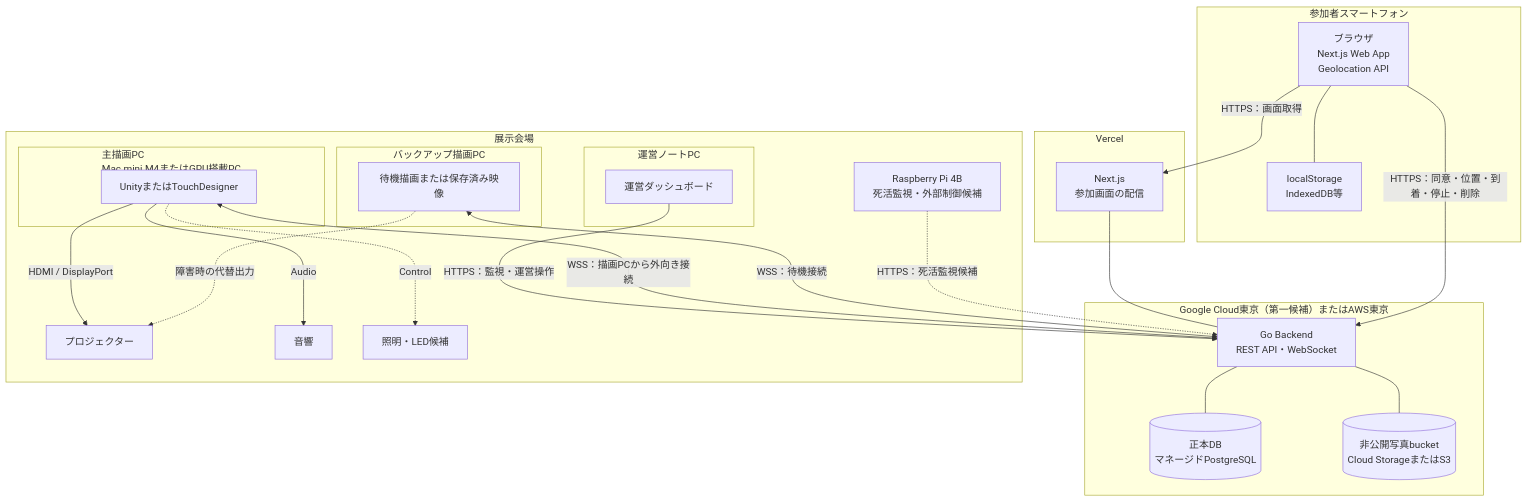
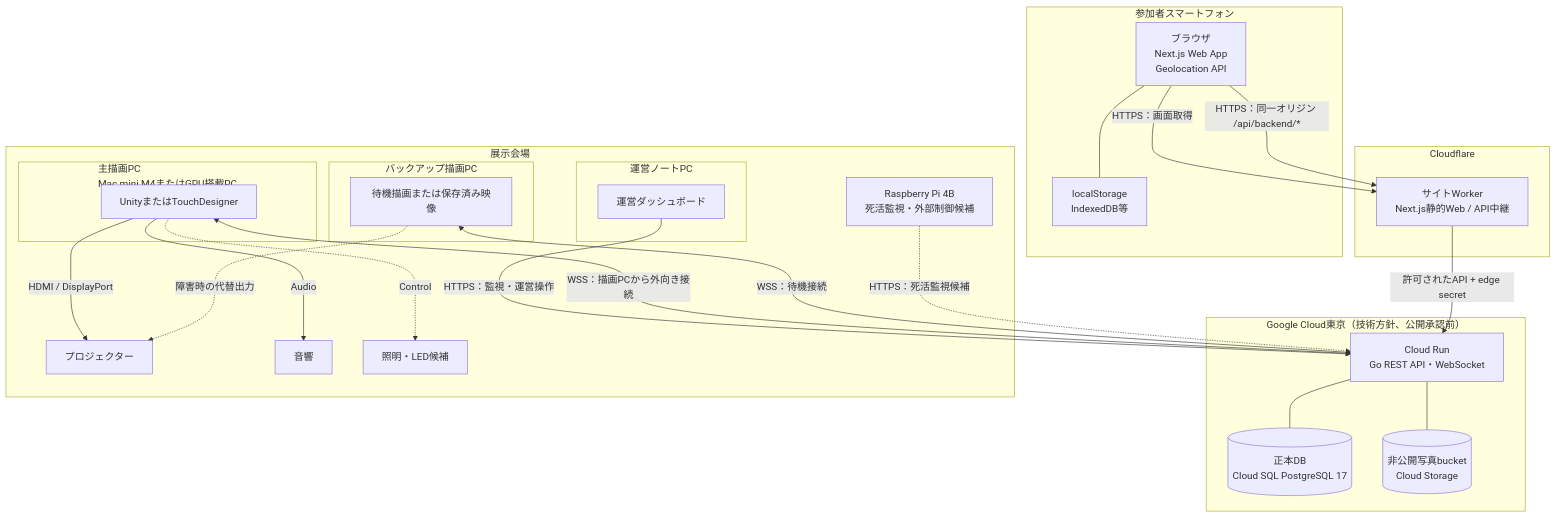
One commit to Mino829/trace-campus-installation changed the second of 6 diagrams in docs/uml-diagrams.md. Above: the diagram before and after it, drawn with Mermaid. The commit also changed other lines of this file and 11 other files, not shown here.

Commit message:
docs: adopt Cloudflare and Google Cloud deployment plan

````diff
--- a/docs/uml-diagrams.md
+++ b/docs/uml-diagrams.md
@@ -86,51 +86,51 @@
 ```mermaid
 flowchart TB
     subgraph ParticipantDevice["参加者スマートフォン"]
         MobileBrowser["ブラウザ<br/>Next.js Web App<br/>Geolocation API"]
         MobileStorage["localStorage<br/>IndexedDB等"]
         MobileBrowser --- MobileStorage
     end
 
-    subgraph Vercel["Vercel"]
-        NextServer["Next.js<br/>参加画面の配信"]
+    subgraph Cloudflare["Cloudflare"]
+        NextServer["サイトWorker<br/>Next.js静的Web / API中継"]
     end
 
-    subgraph PublicEnvironment["Google Cloud東京（第一候補）またはAWS東京"]
-        GoBackend["Go Backend<br/>REST API・WebSocket"]
-        MainDB[("正本DB<br/>マネージドPostgreSQL")]
-        PhotoStore[("非公開写真bucket<br/>Cloud StorageまたはS3")]
-        NextServer --- GoBackend
+    subgraph PublicEnvironment["Google Cloud東京（技術方針、公開承認前）"]
+        GoBackend["Cloud Run<br/>Go REST API・WebSocket"]
+        MainDB[("正本DB<br/>Cloud SQL PostgreSQL 17")]
+        PhotoStore[("非公開写真bucket<br/>Cloud Storage")]
+        NextServer -->|"許可されたAPI + edge secret"| GoBackend
         GoBackend --- MainDB
         GoBackend --- PhotoStore
     end
 
     subgraph Venue["展示会場"]
         subgraph DisplayComputer["主描画PC<br/>Mac mini M4またはGPU搭載PC"]
             Renderer["UnityまたはTouchDesigner"]
         end
 
         subgraph StandbyComputer["バックアップ描画PC"]
             StandbyRenderer["待機描画または保存済み映像"]
         end
 
         subgraph OperatorComputer["運営ノートPC"]
             Dashboard["運営ダッシュボード"]
         end
 
         Pi["Raspberry Pi 4B<br/>死活監視・外部制御候補"]
         Projector["プロジェクター"]
         Audio["音響"]
         Lighting["照明・LED候補"]
     end
 
     MobileBrowser -->|"HTTPS：画面取得"| NextServer
-    MobileBrowser -->|"HTTPS：同意・位置・到着・停止・削除"| GoBackend
+    MobileBrowser -->|"HTTPS：同一オリジン /api/backend/*"| NextServer
     Dashboard -->|"HTTPS：監視・運営操作"| GoBackend
     Renderer <-->|"WSS：描画PCから外向き接続"| GoBackend
     StandbyRenderer <-->|"WSS：待機接続"| GoBackend
     Pi -.->|"HTTPS：死活監視候補"| GoBackend
     Renderer -->|"HDMI / DisplayPort"| Projector
     Renderer -->|"Audio"| Audio
     Renderer -.->|"Control"| Lighting
     StandbyRenderer -.->|"障害時の代替出力"| Projector
 ```
````
